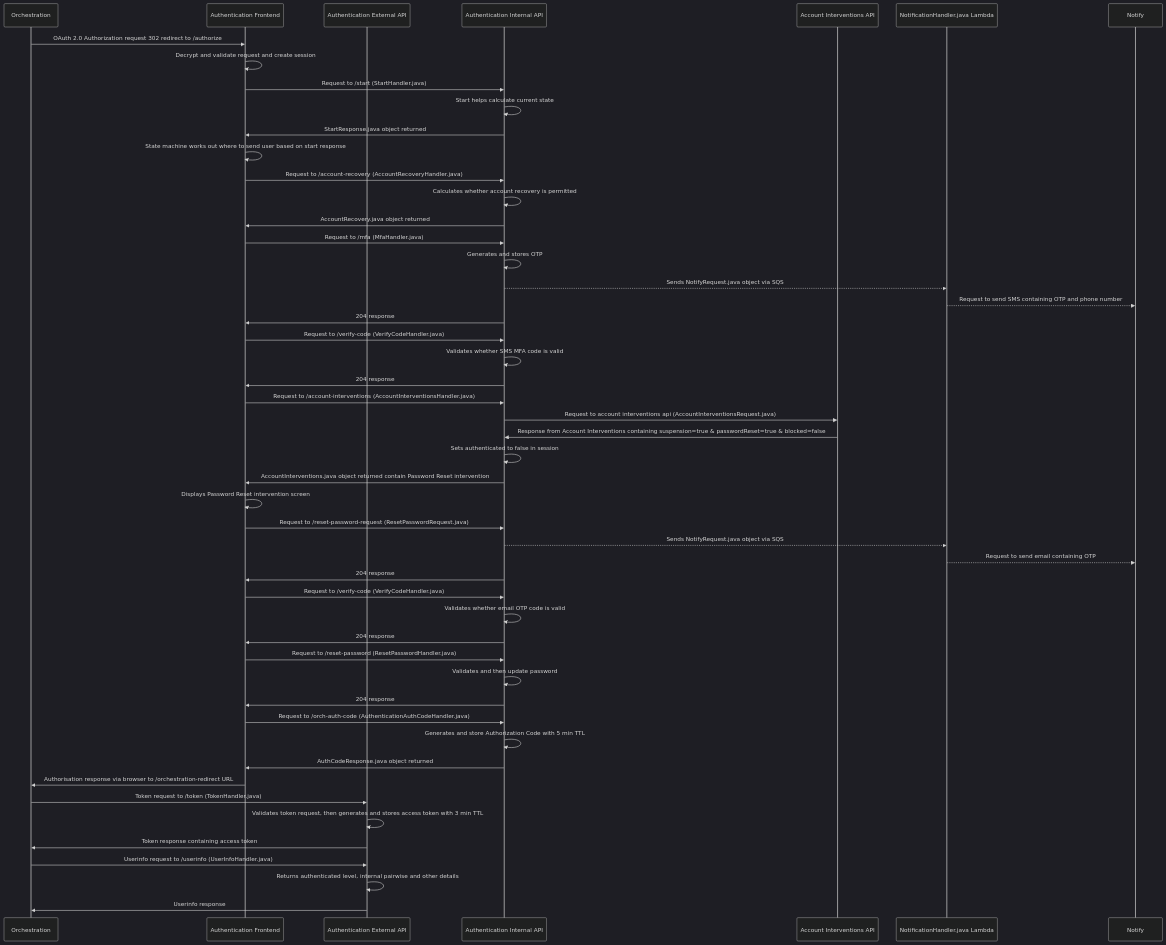
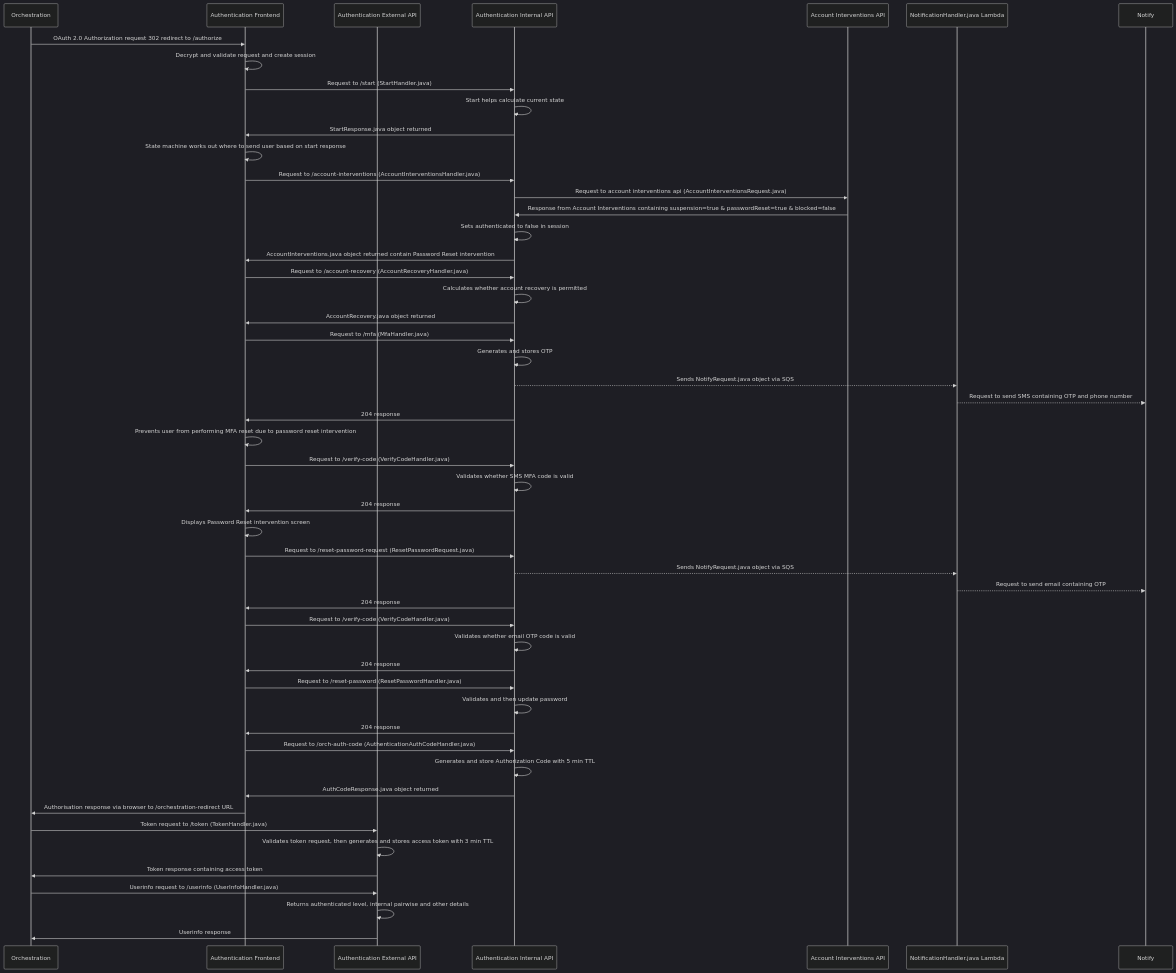
Before and after one commit to govuk-one-login/authentication-api: the diagram in docs/diagrams/authentication/login/account-interventions/uplift-sms/uplift-sms-password-reset-intervention.mmd, drawn with Mermaid (dark theme). The commit also changed 28 other files, not shown here.

First line of the commit message:
BAU - Update interventions diagram

```diff
--- a/docs/diagrams/authentication/login/account-interventions/uplift-sms/uplift-sms-password-reset-intervention.mmd
+++ b/docs/diagrams/authentication/login/account-interventions/uplift-sms/uplift-sms-password-reset-intervention.mmd
@@ -1,51 +1,52 @@
 sequenceDiagram
     participant orch_api as Orchestration
     participant auth_frontend as Authentication Frontend
     participant auth_external_api as Authentication External API
     participant auth_internal_api as Authentication Internal API
     participant account_interventions as Account Interventions API
     participant notification_queue as NotificationHandler.java Lambda   
     participant notify as Notify   
     orch_api ->> auth_frontend : OAuth 2.0 Authorization request 302 redirect to /authorize
     auth_frontend ->> auth_frontend : Decrypt and validate request and create session    
     auth_frontend ->> auth_internal_api : Request to /start (StartHandler.java)
     auth_internal_api ->> auth_internal_api : Start helps calculate current state
     auth_internal_api ->> auth_frontend : StartResponse.java object returned
     auth_frontend ->> auth_frontend : State machine works out where to send user based on start response
+    auth_frontend ->> auth_internal_api : Request to /account-interventions (AccountInterventionsHandler.java)
+    auth_internal_api ->> account_interventions : Request to account interventions api (AccountInterventionsRequest.java)
+    account_interventions ->> auth_internal_api : Response from Account Interventions containing suspension=true & passwordReset=true & blocked=false
+    auth_internal_api ->> auth_internal_api : Sets authenticated to false in session
+    auth_internal_api ->> auth_frontend: AccountInterventions.java object returned contain Password Reset intervention
     auth_frontend ->> auth_internal_api : Request to /account-recovery (AccountRecoveryHandler.java)
     auth_internal_api ->> auth_internal_api : Calculates whether account recovery is permitted
     auth_internal_api ->> auth_frontend: AccountRecovery.java object returned
     auth_frontend ->> auth_internal_api : Request to /mfa (MfaHandler.java)
     auth_internal_api ->> auth_internal_api : Generates and stores OTP
     auth_internal_api -->> notification_queue : Sends NotifyRequest.java object via SQS
     notification_queue -->> notify : Request to send SMS containing OTP and phone number
     auth_internal_api ->> auth_frontend : 204 response 
+    auth_frontend ->> auth_frontend : Prevents user from performing MFA reset due to password reset intervention
     auth_frontend ->> auth_internal_api : Request to /verify-code (VerifyCodeHandler.java)
     auth_internal_api ->> auth_internal_api : Validates whether SMS MFA code is valid
     auth_internal_api ->> auth_frontend: 204 response
-    auth_frontend ->> auth_internal_api : Request to /account-interventions (AccountInterventionsHandler.java)
-    auth_internal_api ->> account_interventions : Request to account interventions api (AccountInterventionsRequest.java)
-    account_interventions ->> auth_internal_api : Response from Account Interventions containing suspension=true & passwordReset=true & blocked=false
-    auth_internal_api ->> auth_internal_api : Sets authenticated to false in session
-    auth_internal_api ->> auth_frontend: AccountInterventions.java object returned contain Password Reset intervention
     auth_frontend ->> auth_frontend : Displays Password Reset intervention screen
     auth_frontend ->> auth_internal_api : Request to /reset-password-request (ResetPasswordRequest.java)
     auth_internal_api -->> notification_queue : Sends NotifyRequest.java object via SQS
     notification_queue -->> notify : Request to send email containing OTP 
     auth_internal_api ->> auth_frontend: 204 response
     auth_frontend ->> auth_internal_api : Request to /verify-code (VerifyCodeHandler.java)
     auth_internal_api ->> auth_internal_api : Validates whether email OTP code is valid
     auth_internal_api ->> auth_frontend: 204 response
     auth_frontend ->> auth_internal_api : Request to /reset-password (ResetPasswordHandler.java)
     auth_internal_api ->> auth_internal_api : Validates and then update password
     auth_internal_api ->> auth_frontend: 204 response
     auth_frontend ->> auth_internal_api : Request to /orch-auth-code (AuthenticationAuthCodeHandler.java)
     auth_internal_api ->> auth_internal_api : Generates and store Authorization Code with 5 min TTL
     auth_internal_api ->> auth_frontend: AuthCodeResponse.java object returned
     auth_frontend ->> orch_api : Authorisation response via browser to /orchestration-redirect URL
     orch_api ->> auth_external_api: Token request to /token (TokenHandler.java)
     auth_external_api ->> auth_external_api : Validates token request, then generates and stores access token with 3 min TTL
     auth_external_api ->> orch_api : Token response containing access token
     orch_api ->> auth_external_api: Userinfo request to /userinfo (UserInfoHandler.java)
     auth_external_api ->> auth_external_api: Returns authenticated level, internal pairwise and other details
     auth_external_api ->> orch_api : Userinfo response
```
